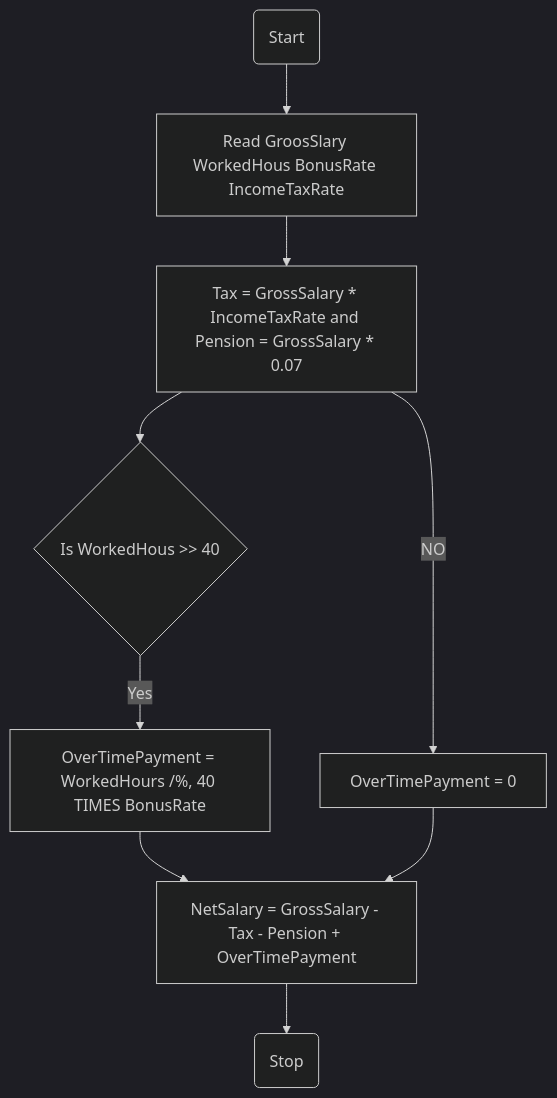
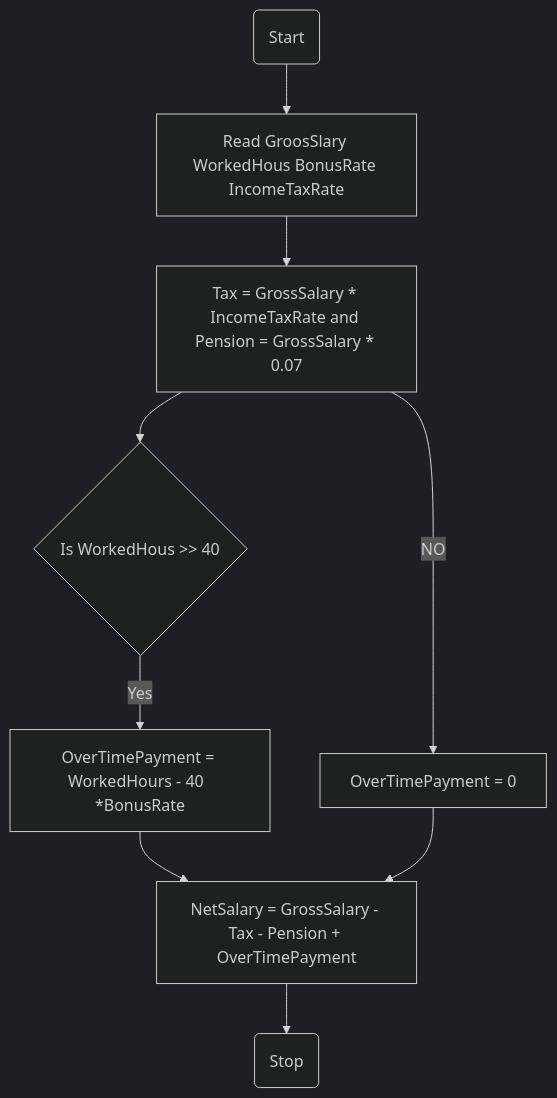
One commit to SWEG-2015EC-Batch/Code-Warrior changed the diagram in ETS1351_15_Yabets_Maregn/income_calculator/flowchart.md. Above: the diagram before and after it, drawn with Mermaid (dark theme).

````diff
--- a/ETS1351_15_Yabets_Maregn/income_calculator/flowchart.md
+++ b/ETS1351_15_Yabets_Maregn/income_calculator/flowchart.md
@@ -1,11 +1,11 @@
 ```mermaid
 graph TD;
 A(Start) --> B[Read GroosSlary WorkedHous BonusRate IncomeTaxRate]
 B --> C[Tax = GrossSalary * IncomeTaxRate and Pension = GrossSalary * 0.07]
 C --> D{Is WorkedHous >> 40}
-D -- Yes --> E[OverTimePayment = WorkedHours /%, 40 TIMES BonusRate]
+D -- Yes --> E[OverTimePayment = WorkedHours - 40  *BonusRate]
 E --> G[NetSalary = GrossSalary - Tax - Pension + OverTimePayment ]
 C -- NO --> F[OverTimePayment = 0]
 F --> G[NetSalary = GrossSalary - Tax - Pension + OverTimePayment ]
 G --> H(Stop)
 ```
````
